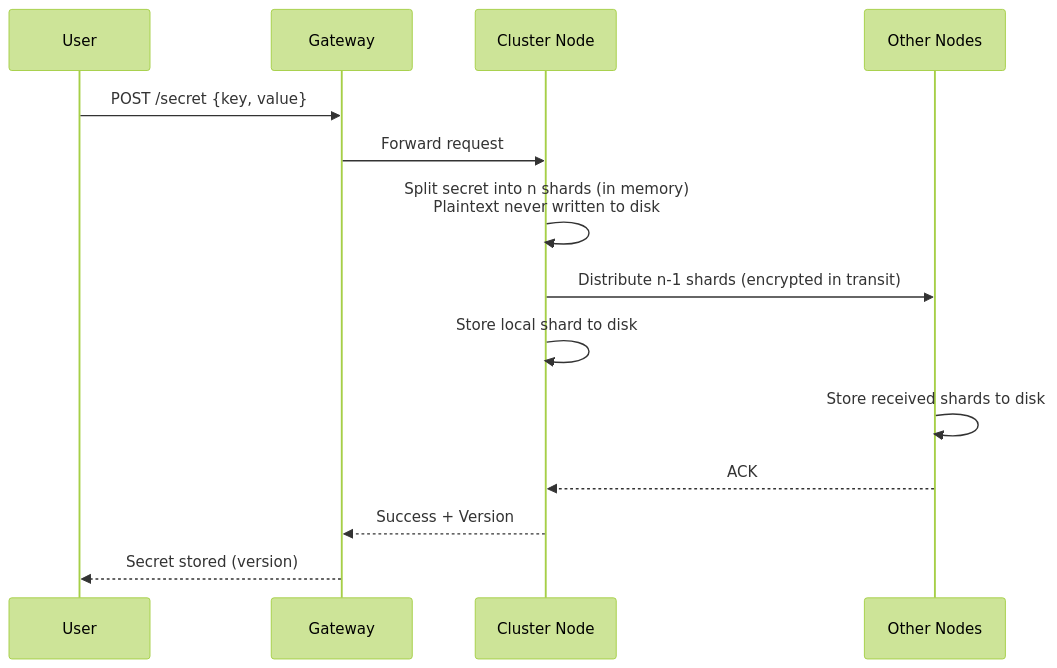
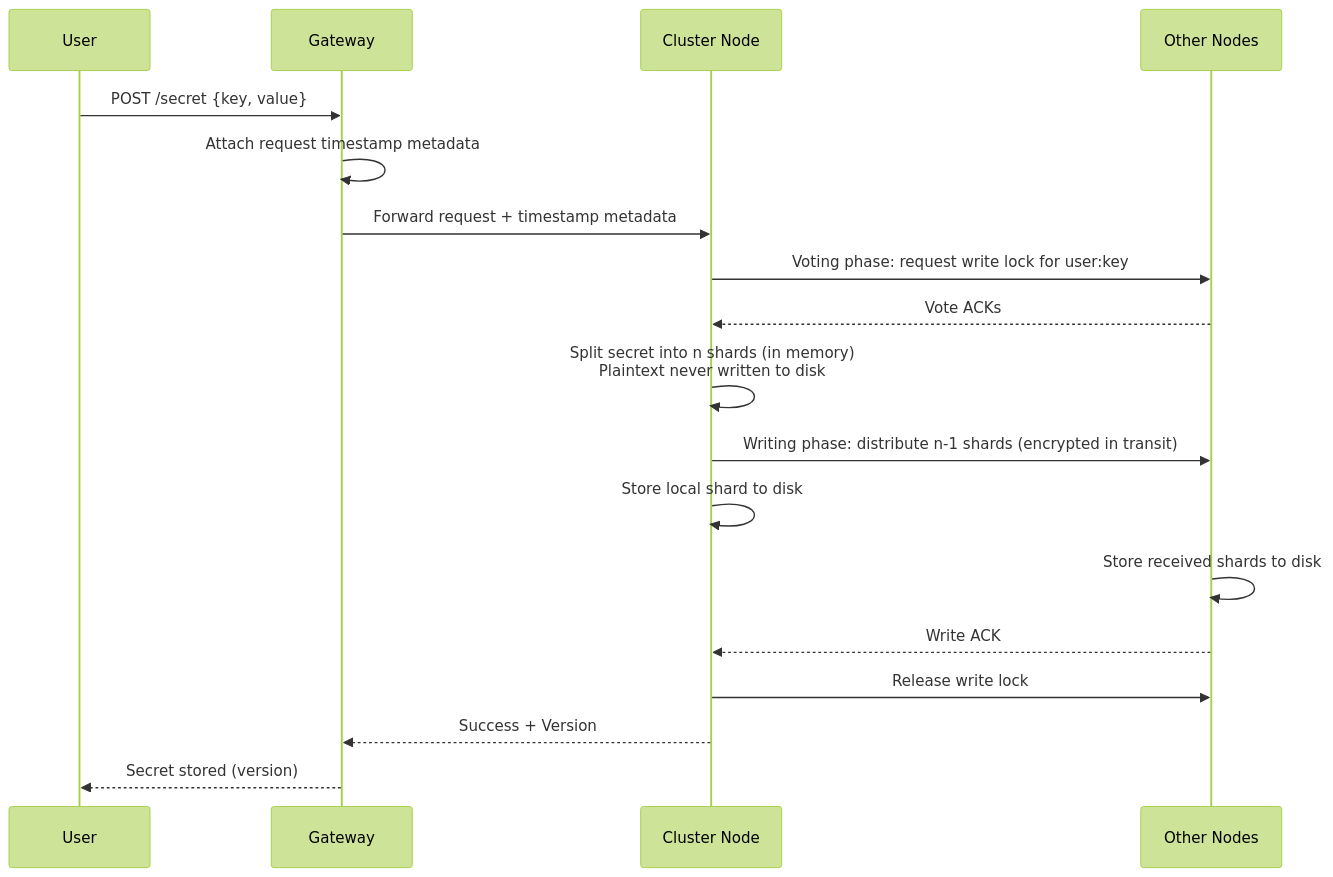
One commit to S26-Distributed-Capstone/DistributedSecretsVault changed the second of 7 diagrams in docs/architecture.md. Above: the diagram before and after it, drawn with Mermaid (forest theme). The commit also changed other lines of this file and 6 other files, not shown here.

````diff
--- a/docs/architecture.md
+++ b/docs/architecture.md
@@ -45,17 +49,21 @@
 ```mermaid
 sequenceDiagram
     participant User
     participant Gateway
     participant Node as Cluster Node
     participant Cluster as Other Nodes
 
     User->>Gateway: POST /secret {key, value}
-    Gateway->>Node: Forward request
+    Gateway->>Gateway: Attach request timestamp metadata
+    Gateway->>Node: Forward request + timestamp metadata
+    Node->>Cluster: Voting phase: request write lock for user:key
+    Cluster-->>Node: Vote ACKs
     Node->>Node: Split secret into n shards (in memory)<br/>Plaintext never written to disk
-    Node->>Cluster: Distribute n-1 shards (encrypted in transit)
+    Node->>Cluster: Writing phase: distribute n-1 shards (encrypted in transit)
     Node->>Node: Store local shard to disk
     Cluster->>Cluster: Store received shards to disk
-    Cluster-->>Node: ACK
+    Cluster-->>Node: Write ACK
+    Node->>Cluster: Release write lock
     Node-->>Gateway: Success + Version
     Gateway-->>User: Secret stored (version)
 ```
````
